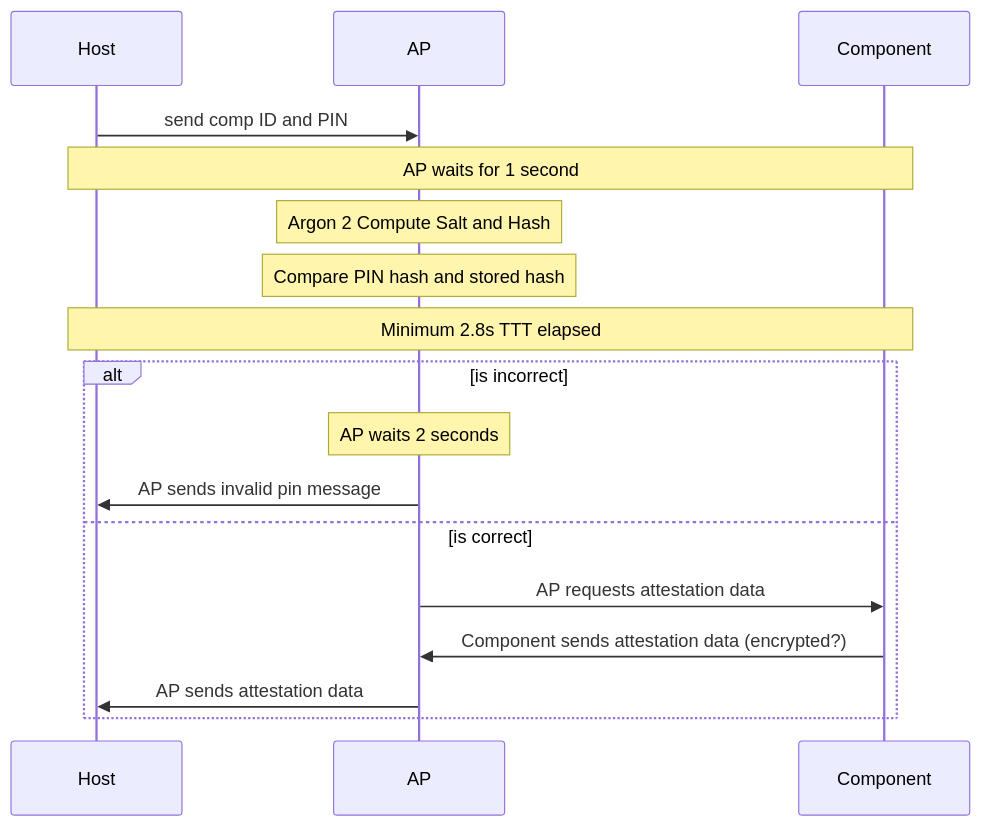
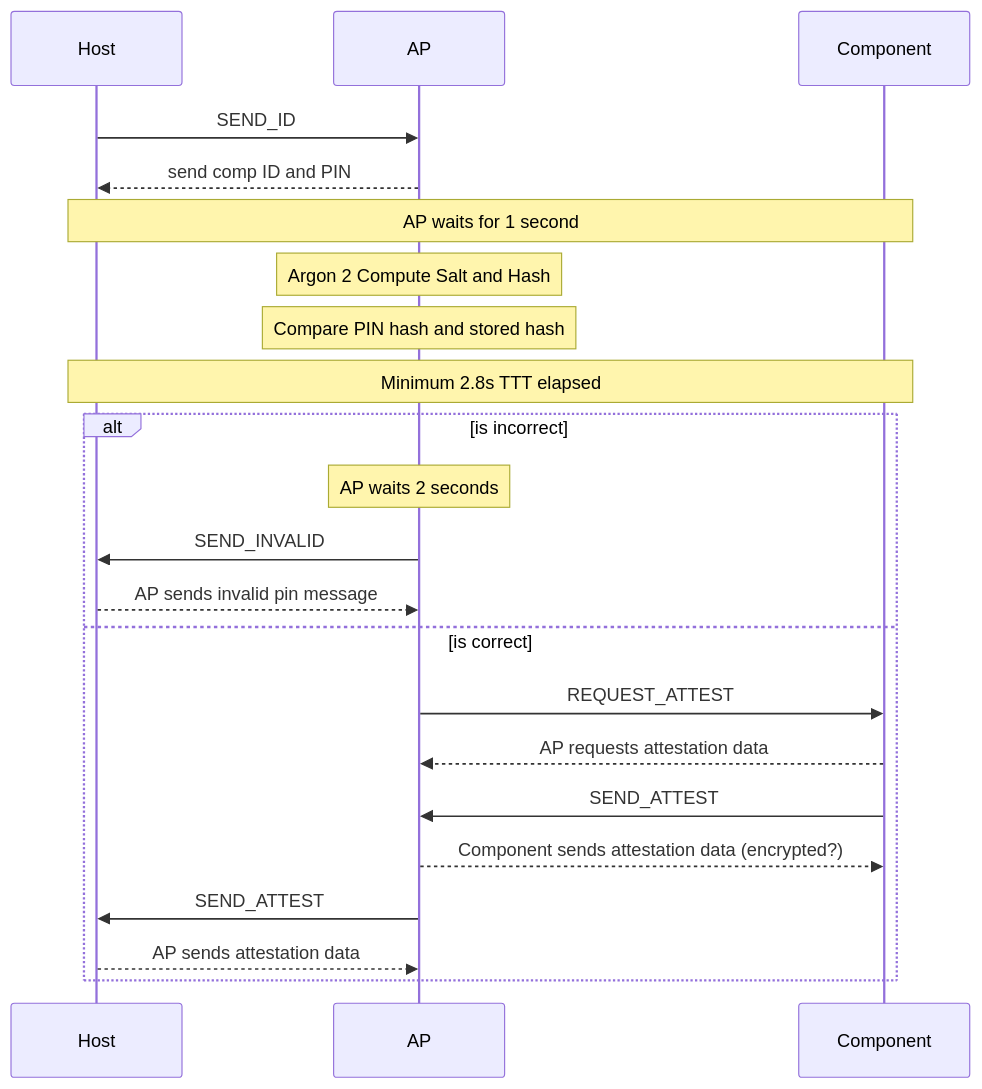
Before and after one commit to sigpwny/2024-ectf-uiuc: the second of 4 diagrams in docs/misc_protocol.md, drawn with Mermaid.

Commit message:
Updated Attest Component Diagram
Change function names and added description

````diff
--- a/docs/misc_protocol.md
+++ b/docs/misc_protocol.md
@@ -45,16 +45,21 @@
 ```mermaid
 sequenceDiagram
-  Host->>AP: send comp ID and PIN
+  Host->>AP: SEND_ID
+  AP-->>Host: send comp ID and PIN
   Note over Host,Component: AP waits for 1 second
   Note over AP: Argon 2 Compute Salt and Hash
   Note over AP: Compare PIN hash and stored hash
   Note over Host,Component: Minimum 2.8s TTT elapsed
   alt is incorrect
     Note over AP: AP waits 2 seconds
-    AP->>Host: AP sends invalid pin message
+    AP->>Host: SEND_INVALID
+    Host-->>AP: AP sends invalid pin message
   else is correct
-    AP->>Component: AP requests attestation data
-    Component->>AP: Component sends attestation data (encrypted?)
-    AP->>Host: AP sends attestation data
+    AP->>Component: REQUEST_ATTEST
+    Component-->>AP: AP requests attestation data
+    Component->>AP: SEND_ATTEST
+    AP-->>Component: Component sends attestation data (encrypted?)
+    AP->>Host: SEND_ATTEST
+    Host-->>AP: AP sends attestation data
   end
 ```
````
